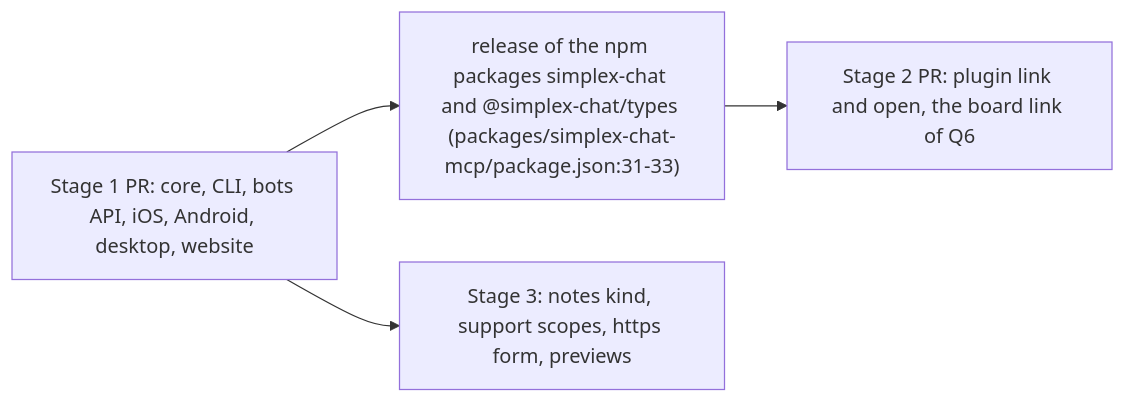
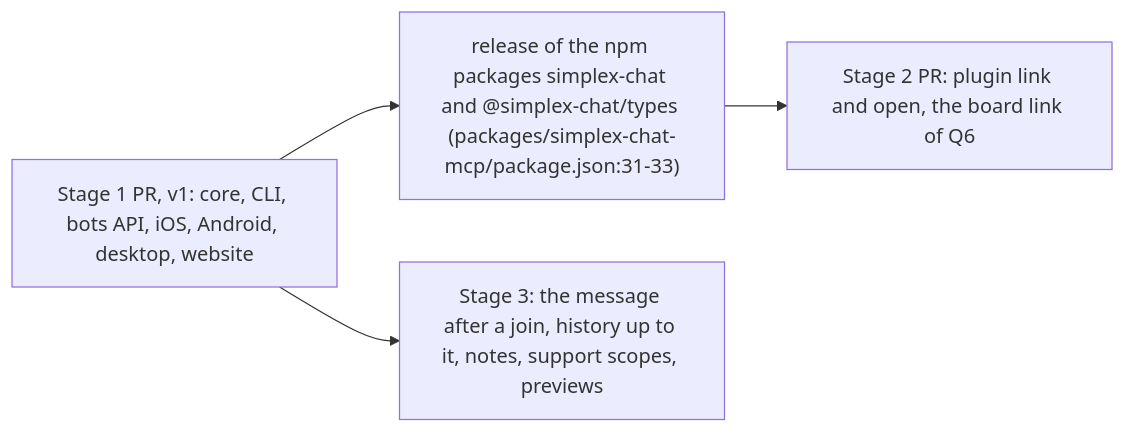
One commit to evgeny-simplex/simplex-chat changed the fifth of 5 diagrams in plans/2026-11-22-message-references.md. Above: the diagram before and after it, drawn with Mermaid. The commit also changed other lines of this file, not shown here.

Commit message:
core: plan links to posts of channels the reader is not in

````diff
--- a/plans/2026-11-22-message-references.md
+++ b/plans/2026-11-22-message-references.md
@@ -294,6 +341,6 @@
 ```mermaid
 flowchart LR
-  S1["Stage 1 PR: core, CLI, bots API, iOS, Android, desktop, website"] --> R["release of the npm packages simplex-chat and @simplex-chat/types (packages/simplex-chat-mcp/package.json:31-33)"]
+  S1["Stage 1 PR, v1: core, CLI, bots API, iOS, Android, desktop, website"] --> R["release of the npm packages simplex-chat and @simplex-chat/types (packages/simplex-chat-mcp/package.json:31-33)"]
   R --> S2["Stage 2 PR: plugin link and open, the board link of Q6"]
-  S1 --> S3["Stage 3: notes kind, support scopes, https form, previews"]
+  S1 --> S3["Stage 3: the message after a join, history up to it, notes, support scopes, previews"]
 ```
````
